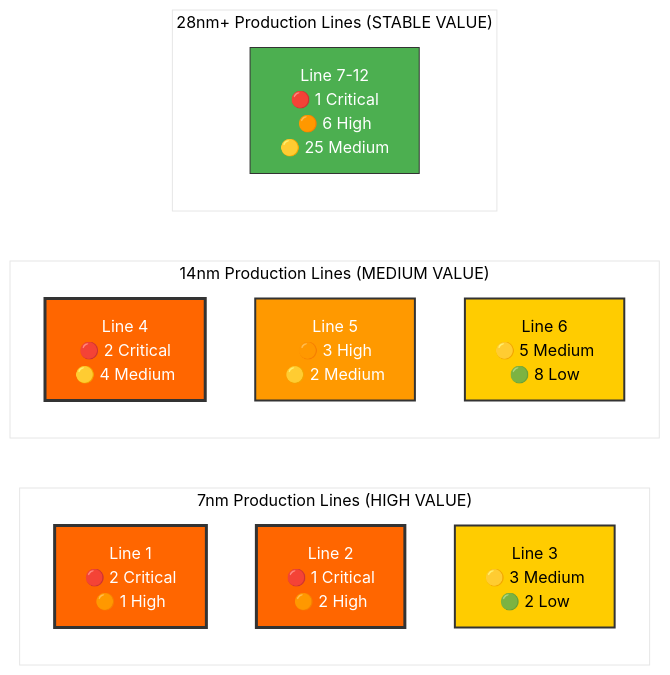
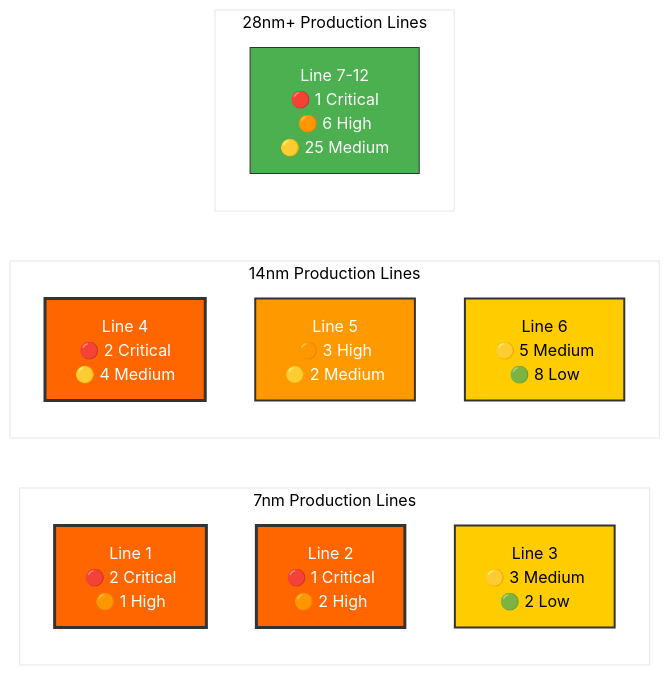
One commit to StephanieHepp/Risk-Assessment changed the seventh of 10 diagrams in overview_risk_assessment_report_cip.md. Above: the diagram before and after it, drawn with Mermaid. The commit also changed other lines of this file, not shown here.

````diff
--- a/overview_risk_assessment_report_cip.md
+++ b/overview_risk_assessment_report_cip.md
@@ -169,29 +169,29 @@
 ```mermaid
 %%{init: {'theme':'base', 'themeVariables': {'primaryColor':'#fff', 'secondaryColor':'#000'}}}%%
 graph LR
-    subgraph "7nm Production Lines (HIGH VALUE)"
+    subgraph "7nm Production Lines"
         L1["Line 1<br/>🔴 2 Critical<br/>🟠 1 High"]
         L2["Line 2<br/>🔴 1 Critical<br/>🟠 2 High"]
         L3["Line 3<br/>🟡 3 Medium<br/>🟢 2 Low"]
     end
     
-    subgraph "14nm Production Lines (MEDIUM VALUE)"
+    subgraph "14nm Production Lines"
         L4["Line 4<br/>🔴 2 Critical<br/>🟡 4 Medium"]
         L5["Line 5<br/>🟠 3 High<br/>🟡 2 Medium"]
         L6["Line 6<br/>🟡 5 Medium<br/>🟢 8 Low"]
     end
     
-    subgraph "28nm+ Production Lines (STABLE VALUE)"
+    subgraph "28nm+ Production Lines"
         L7["Line 7-12<br/>🔴 1 Critical<br/>🟠 6 High<br/>🟡 25 Medium"]
     end
     
     classDef critical fill:#ff6600,stroke:#333,stroke-width:3px,color:#fff
     classDef high fill:#ff9900,stroke:#333,stroke-width:2px,color:#fff
     classDef medium fill:#ffcc00,stroke:#333,stroke-width:2px,color:#000
     classDef stable fill:#4CAF50,stroke:#333,stroke-width:1px,color:#fff
     
     class L1,L2,L4 critical
     class L5 high
     class L3,L6 medium
     class L7 stable
 ```
````
